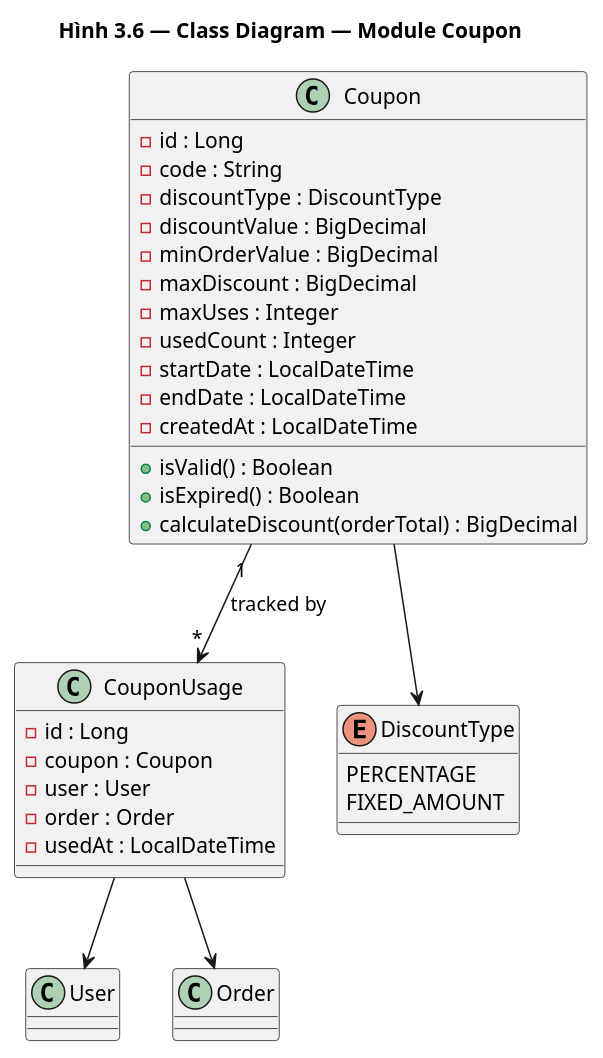
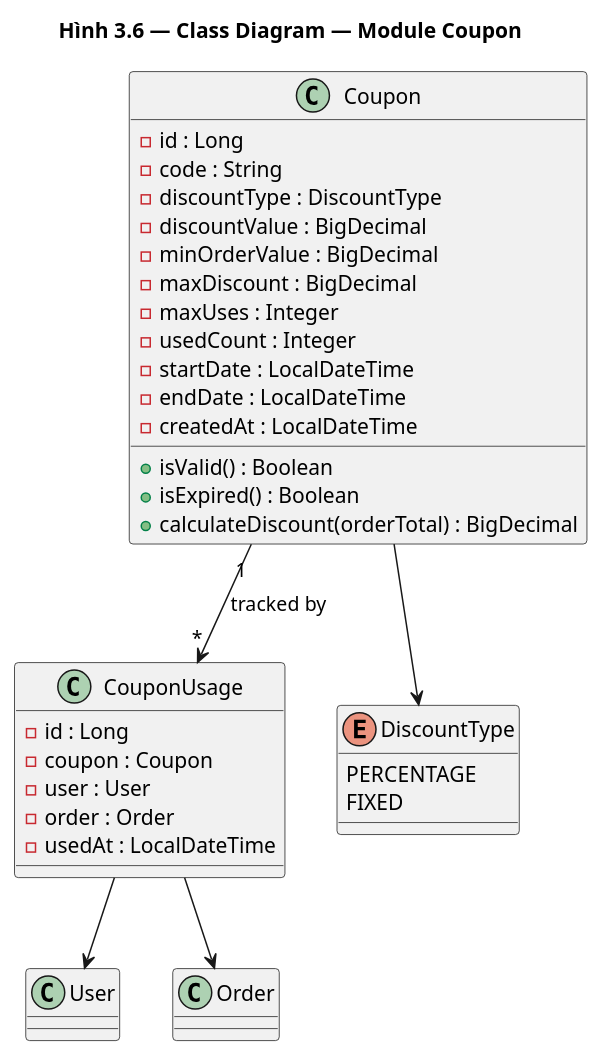
Before and after one commit to huuhieu56/PC-Parts-ECommerce: the eighth of 11 diagrams in docs/design.md, drawn with PlantUML. The commit also changed other lines of this file and 4 other files, not shown here.

````diff
--- a/docs/design.md
+++ b/docs/design.md
@@ -826,40 +826,40 @@
 ```plantuml
 @startuml class_coupon
 title Hình 3.6 — Class Diagram — Module Coupon
 
 class Coupon {
     - id : Long
     - code : String
     - discountType : DiscountType
     - discountValue : BigDecimal
     - minOrderValue : BigDecimal
     - maxDiscount : BigDecimal
     - maxUses : Integer
     - usedCount : Integer
     - startDate : LocalDateTime
     - endDate : LocalDateTime
     - createdAt : LocalDateTime
     + isValid() : Boolean
     + isExpired() : Boolean
     + calculateDiscount(orderTotal) : BigDecimal
 }
 
 class CouponUsage {
     - id : Long
     - coupon : Coupon
     - user : User
     - order : Order
     - usedAt : LocalDateTime
 }
 
 enum DiscountType {
     PERCENTAGE
-    FIXED_AMOUNT
+    FIXED
 }
 
 Coupon "1" --> "*" CouponUsage : tracked by
 Coupon --> DiscountType
 CouponUsage --> User
 CouponUsage --> Order
 @enduml
 ```
````
